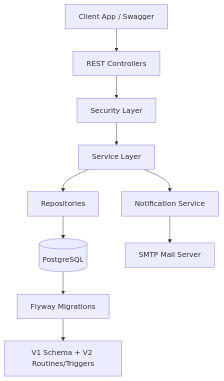
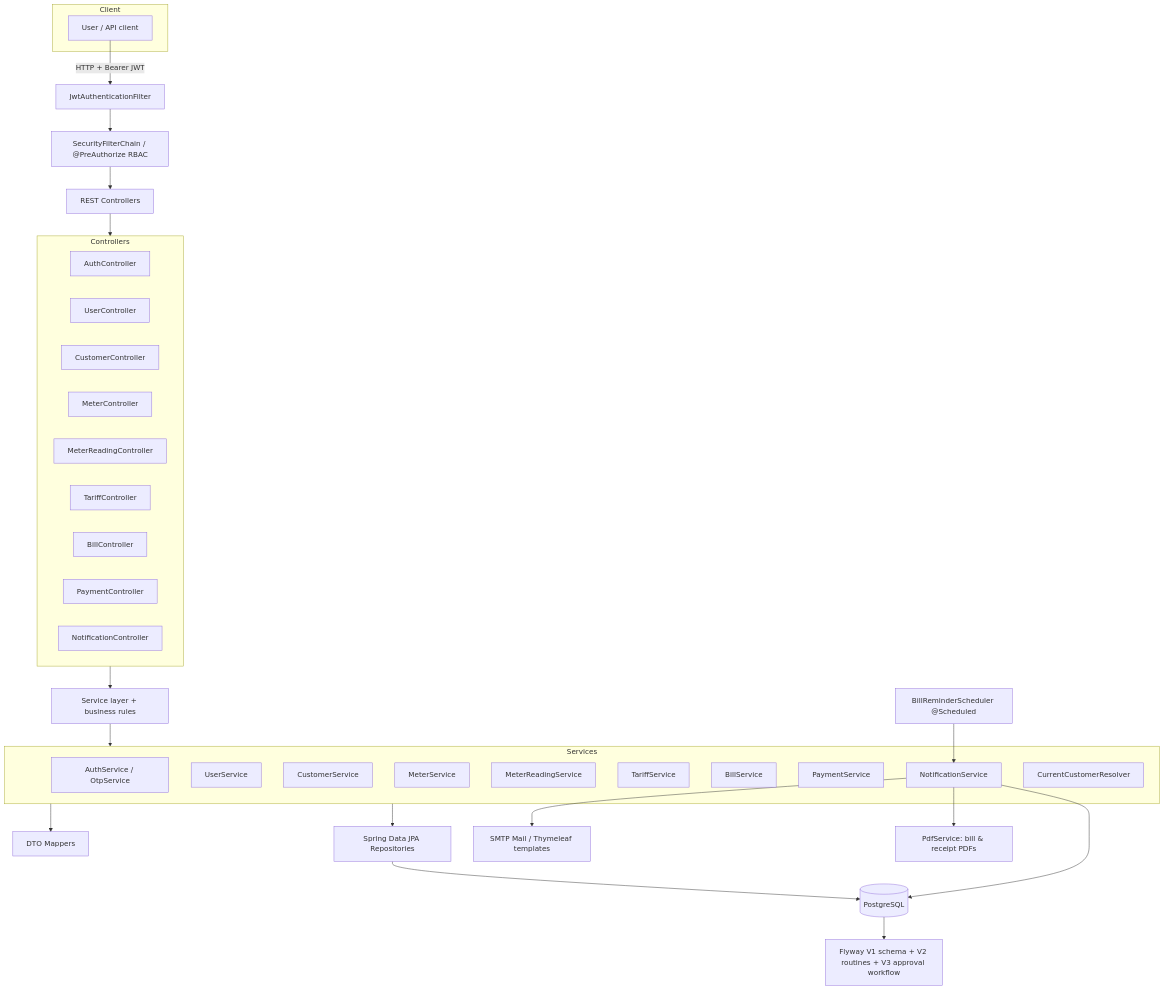
Before and after one commit to mahingaRodin/WASAC_UTILITY-BILLING-Be: the first of 4 diagrams in docs/ARCHITECTURE.md, drawn with Mermaid. The commit also changed other lines of this file and 85 other files, not shown here.

Commit message:
docs: update architecture, testing assets and deployment configuration

````diff
--- a/docs/ARCHITECTURE.md
+++ b/docs/ARCHITECTURE.md
@@ -3,12 +10,47 @@
 ```mermaid
 flowchart TD
-    A[Client App / Swagger] --> B[REST Controllers]
-    B --> C[Security Layer]
-    C --> D[Service Layer]
-    D --> E[Repositories]
-    E --> F[(PostgreSQL)]
-    D --> G[Notification Service]
-    G --> H[SMTP Mail Server]
-    F --> I[Flyway Migrations]
-    I --> J[V1 Schema + V2 Routines/Triggers]
+    subgraph Client
+        U[User / API client]
+    end
+
+    U -->|HTTP + Bearer JWT| F[JwtAuthenticationFilter]
+    F --> SC[SecurityFilterChain / @PreAuthorize RBAC]
+    SC --> C[REST Controllers]
+
+    subgraph Controllers
+        AC[AuthController]
+        UC[UserController]
+        CC[CustomerController]
+        MC[MeterController]
+        RC[MeterReadingController]
+        TC[TariffController]
+        BC[BillController]
+        PC[PaymentController]
+        NC[NotificationController]
+    end
+    C --> Controllers
+
+    Controllers --> S[Service layer + business rules]
+    subgraph Services
+        AS[AuthService / OtpService]
+        US[UserService]
+        CS[CustomerService]
+        MS[MeterService]
+        RS[MeterReadingService]
+        TS[TariffService]
+        BS[BillService]
+        PS[PaymentService]
+        NS[NotificationService]
+        CR[CurrentCustomerResolver]
+    end
+    S --> Services
+
+    Services --> MAP[DTO Mappers]
+    Services --> R[Spring Data JPA Repositories]
+    R --> DB[(PostgreSQL)]
+    DB --> FW[Flyway V1 schema + V2 routines + V3 approval workflow]
+    NS --> MAIL[SMTP Mail / Thymeleaf templates]
+    NS --> PDF[PdfService: bill & receipt PDFs]
+    NS --> DB
+    SCH[BillReminderScheduler @Scheduled] --> NS
 ```
````
